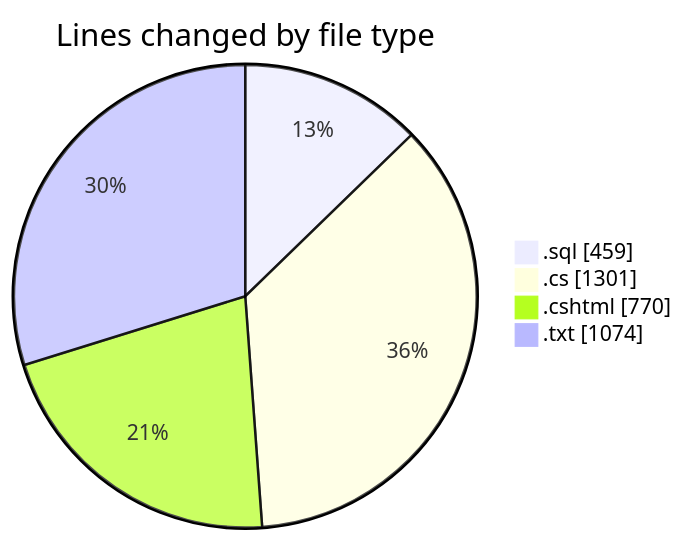
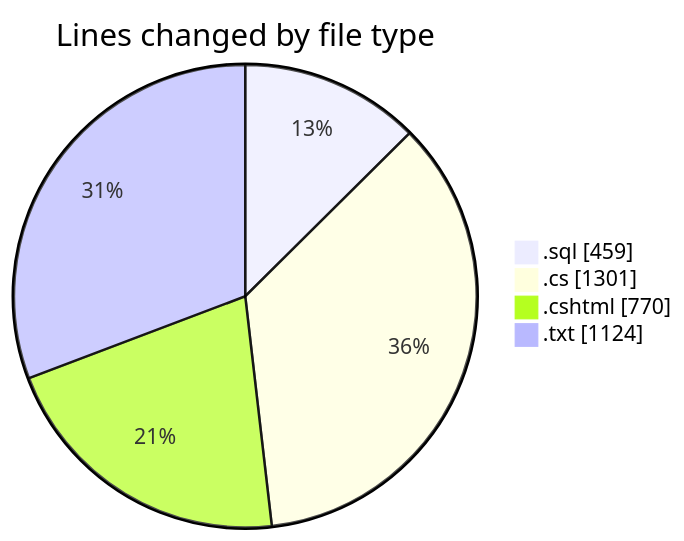
One commit to lephambinh05/code-tracking changed the first of 2 diagrams in 2025-07-23/quanlyrapchieuphim/README.md. Above: the diagram before and after it, drawn with Mermaid. The commit also changed other lines of this file and 1 other file, not shown here.

````diff
--- a/2025-07-23/quanlyrapchieuphim/README.md
+++ b/2025-07-23/quanlyrapchieuphim/README.md
@@ -27,8 +27,8 @@
 ```mermaid
 pie showData
 title Lines changed by file type
 ".sql" : 459
 ".cs" : 1301
 ".cshtml" : 770
-".txt" : 1074
+".txt" : 1124
 ```
````
